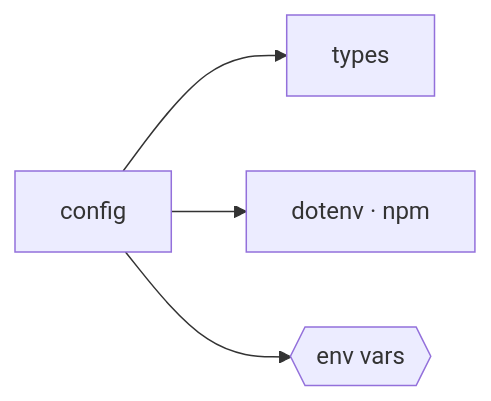
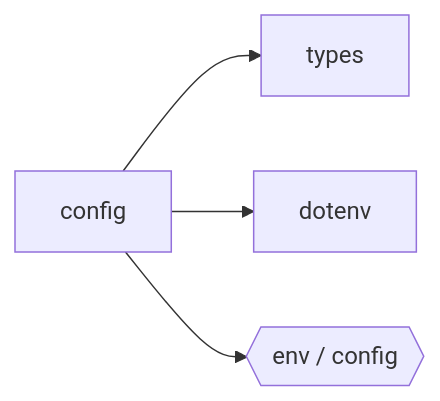
The diagram in .github/instructions/src/config.instructions.md (hellhellpnick/context-graph), drawn with Mermaid before and after one commit. The commit also changed other lines of this file and 222 other files, not shown here.

````diff
--- a/.github/instructions/src/config.instructions.md
+++ b/.github/instructions/src/config.instructions.md
@@ -15,7 +15,7 @@
 ```mermaid
 graph LR
   config[config]
   config --> types[types]
-  config --> dotenv["dotenv · npm"]
-  config --> ENV{{"env vars"}}
+  config --> dotenv["dotenv"]
+  config --> ENV{{"env / config"}}
 ```
````
